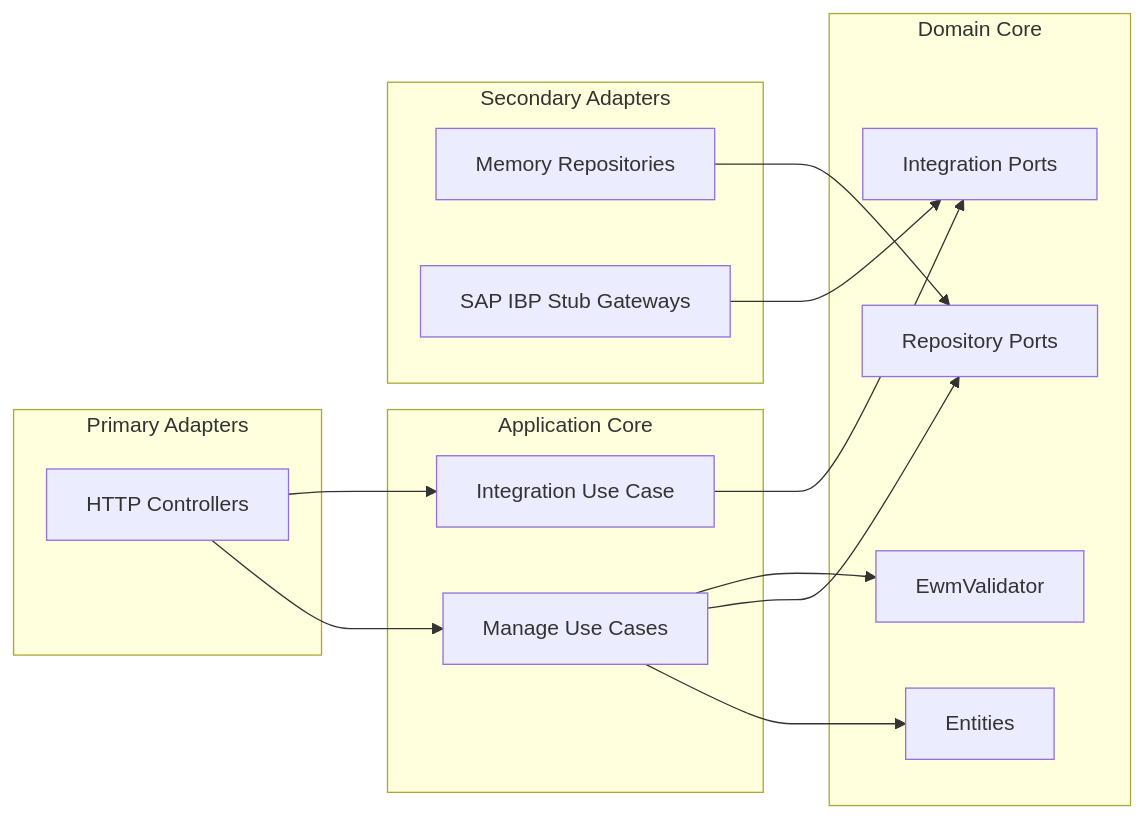
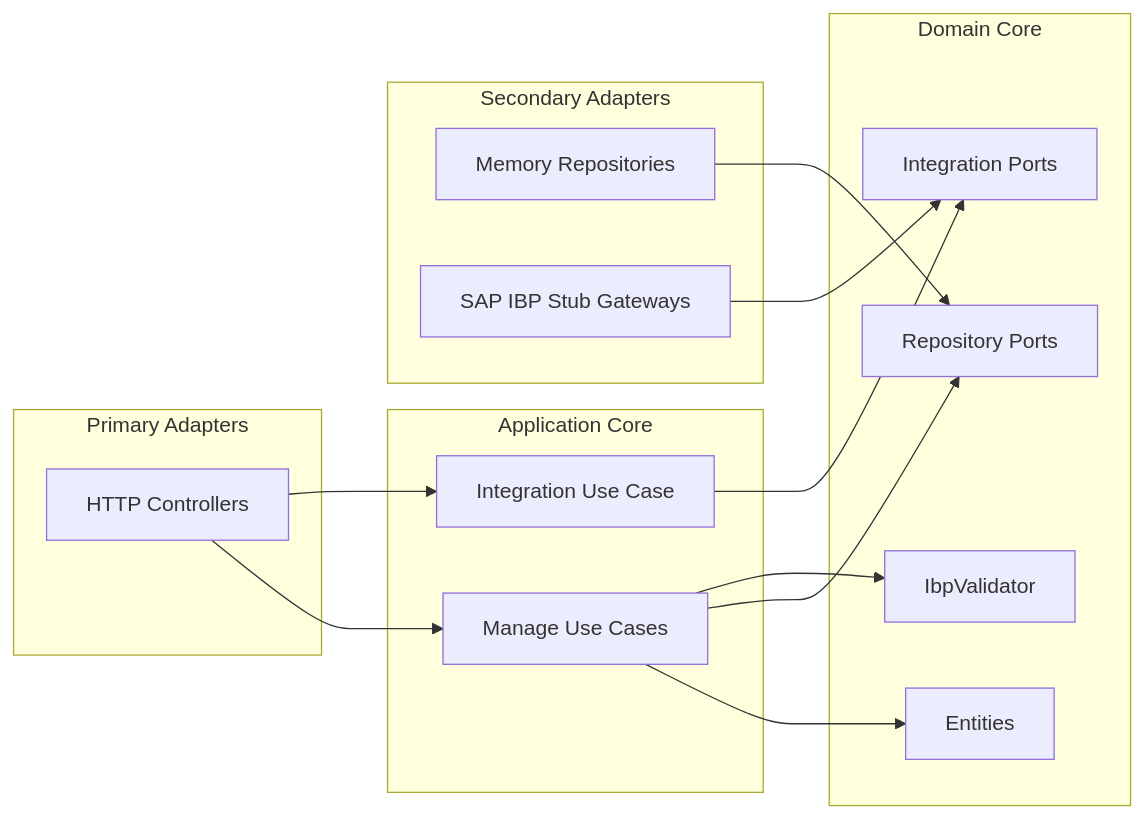
Before and after one commit to UIMSolutions/uim-software: the second of 2 diagrams in ibp/UML.md, drawn with Mermaid. The commit also changed other lines of this file and 98 other files, not shown here.

````diff
--- a/ibp/UML.md
+++ b/ibp/UML.md
@@ -113,32 +113,32 @@
 ```mermaid
 graph LR
     subgraph A[Primary Adapters]
         HC[HTTP Controllers]
     end
 
     subgraph B[Application Core]
         MU[Manage Use Cases]
         IU[Integration Use Case]
     end
 
     subgraph C[Domain Core]
         EN[Entities]
         RP[Repository Ports]
         IP[Integration Ports]
-        VL[EwmValidator]
+        VL[IbpValidator]
     end
 
     subgraph D[Secondary Adapters]
         MR[Memory Repositories]
         SG[SAP IBP Stub Gateways]
     end
 
     HC --> MU
     HC --> IU
     MU --> EN
     MU --> RP
     IU --> IP
     MU --> VL
     MR --> RP
     SG --> IP
 ```
````
